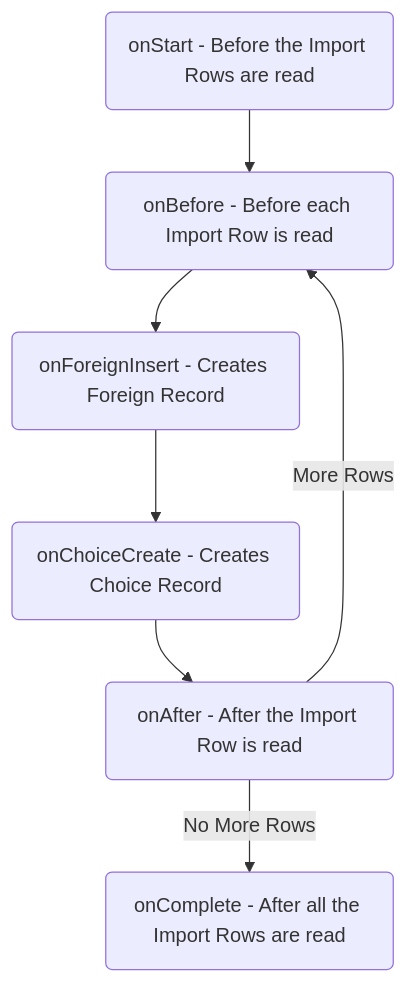
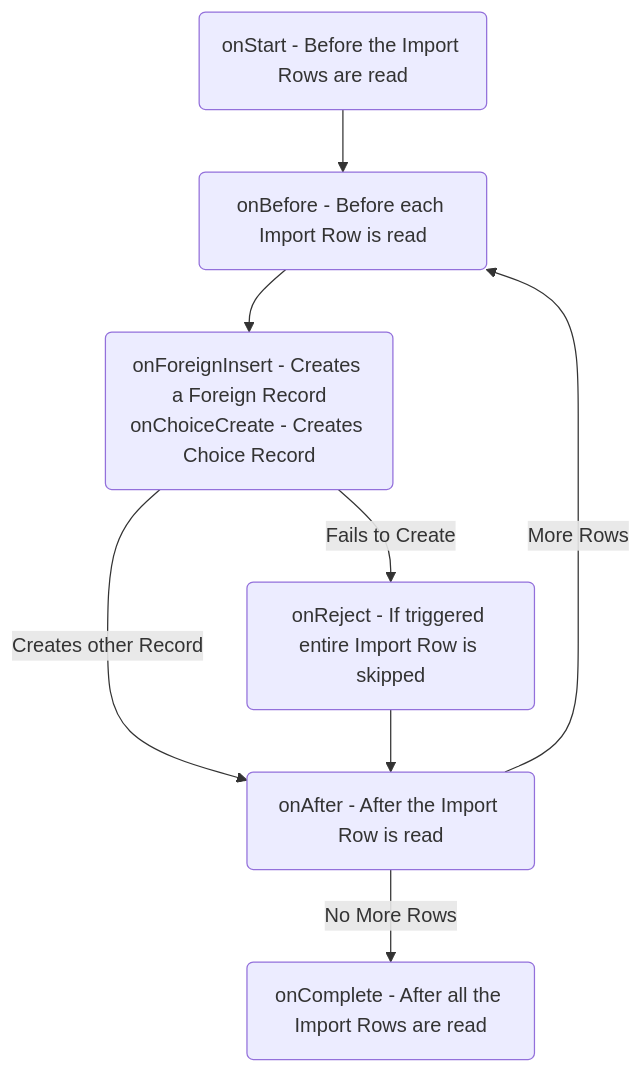
Before and after one commit to jacebenson/jace.pro: the diagram in content/page/apis/transform-map-scripts.md, drawn with Mermaid. The commit also changed other lines of this file, not shown here.

Commit message:
updated transform map

```diff
--- a/content/page/apis/transform-map-scripts.md
+++ b/content/page/apis/transform-map-scripts.md
@@ -27,17 +27,19 @@
 {{<mermaid align="center">}}
 graph TD
   E1(onStart - Before the Import Rows are read)
   E2(onBefore - Before each Import Row is read)
-  E3(onForeignInsert - Creates Foreign Record)
-  E4(onChoiceCreate - Creates Choice Record)
+  E3(onForeignInsert - Creates a Foreign Record<br/>onChoiceCreate</div> - Creates Choice Record)
+  E4(onReject - If triggered entire Import Row is skipped)
   E5(onAfter - After the Import Row is read)
   E6(onComplete - After all the Import Rows are read)
 
 E1-->E2
 E2-->E3
-E3-->E4
+E3--Creates other Record-->E5
+E3--Fails to Create-->E4
 E4-->E5
 E5--No More Rows-->E6
 E5--More Rows-->E2
 
+
 {{< /mermaid >}}
```
